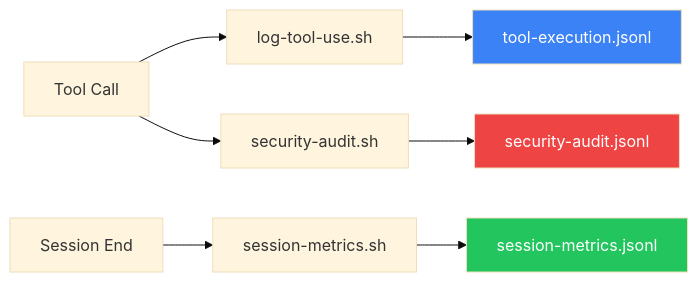
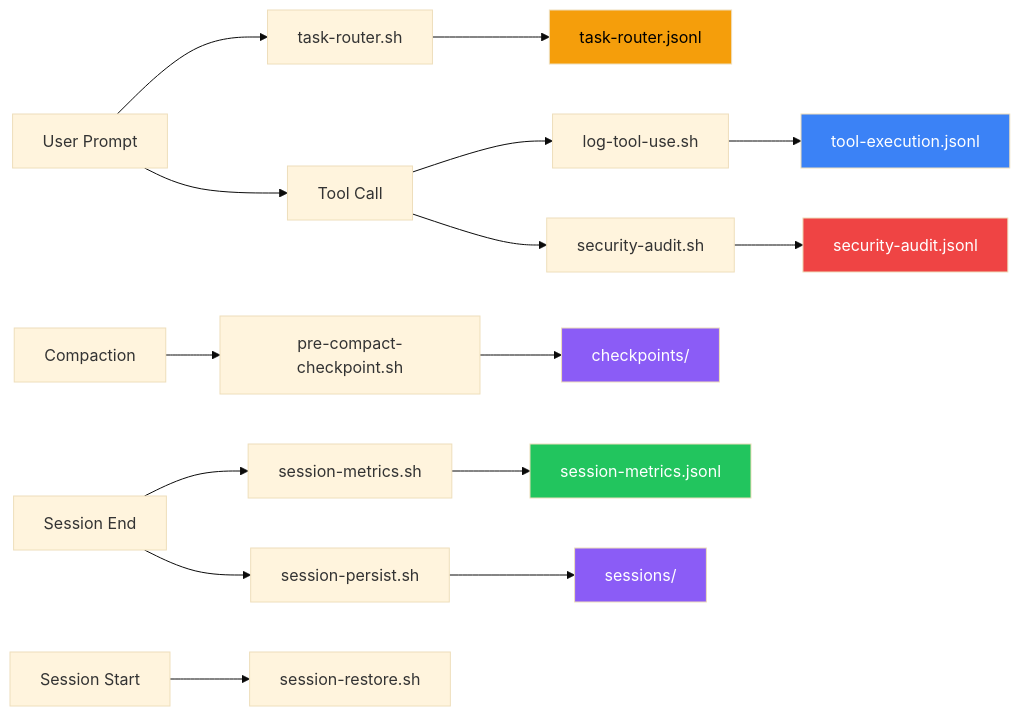
The eighth of 8 diagrams in README.md (Cyvid7-Darus10/claude-code-config), drawn with Mermaid (base theme) before and after one commit. The commit also changed other lines of this file and 6 other files, not shown here.

First line of the commit message:
feat: add intelligent task routing, session continuity, and pre-compaction checkpoints

````diff
--- a/README.md
+++ b/README.md
@@ -222,14 +283,25 @@
 ```mermaid
 graph LR
-    A["Tool Call"] --> B["log-tool-use.sh"]
-    A --> C["security-audit.sh"]
-    D["Session End"] --> E["session-metrics.sh"]
+    A["User Prompt"] --> R["task-router.sh"]
+    A --> B["Tool Call"]
+    B --> C["log-tool-use.sh"]
+    B --> D["security-audit.sh"]
+    E["Compaction"] --> F["pre-compact-checkpoint.sh"]
+    G["Session End"] --> H["session-metrics.sh"]
+    G --> I["session-persist.sh"]
+    J["Session Start"] --> K["session-restore.sh"]
 
-    B --> F["tool-execution.jsonl"]
-    C --> G["security-audit.jsonl"]
-    E --> H["session-metrics.jsonl"]
+    R --> L["task-router.jsonl"]
+    C --> M["tool-execution.jsonl"]
+    D --> N["security-audit.jsonl"]
+    H --> O["session-metrics.jsonl"]
+    F --> P["checkpoints/"]
+    I --> Q["sessions/"]
 
-    style F fill:#3b82f6,color:#fff
-    style G fill:#ef4444,color:#fff
-    style H fill:#22c55e,color:#fff
+    style L fill:#f59e0b,color:#000
+    style M fill:#3b82f6,color:#fff
+    style N fill:#ef4444,color:#fff
+    style O fill:#22c55e,color:#fff
+    style P fill:#8b5cf6,color:#fff
+    style Q fill:#8b5cf6,color:#fff
 ```
````
